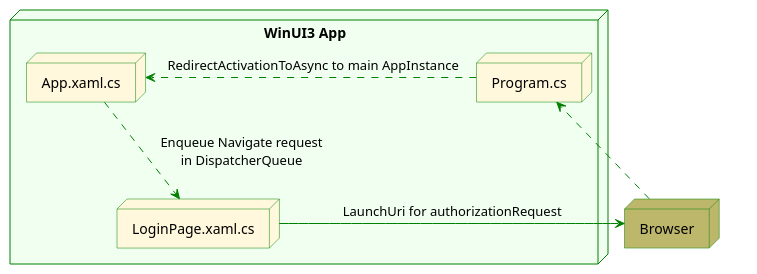
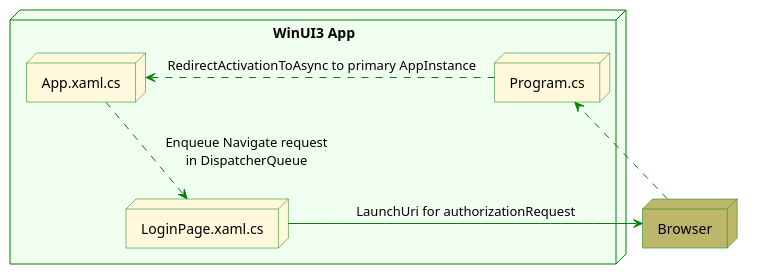
The diagram in plantuml/win.plantuml (qqap/log), drawn with PlantUML before and after one commit. The commit also changed 2 other files, not shown here.

```diff
--- a/plantuml/win.plantuml
+++ b/plantuml/win.plantuml
@@ -1,26 +1,26 @@
 @startuml
 
 <style>
 componentDiagram {
   LineColor Green
 }
 </style>
 node Browser as b #darkkhaki
 
 
 
 node "WinUI3 App" #honeydew {
 node LoginPage.xaml.cs as lp #cornsilk
 
 node Program.cs as p #cornsilk
 node App.xaml.cs as a #cornsilk
 }
 
 
 lp -> b : <color:Black>LaunchUri for authorizationRequest<color:Black>
 b -[dashed]> p : <color:white> Invoked by declared \n<color:white>URL protocol<color:white>
-p -[dashed]> a : <color:Black> RedirectActivationToAsync to main AppInstance<color:Black>
+p -[dashed]> a : <color:Black> RedirectActivationToAsync to primary AppInstance<color:Black>
 a --[dashed]> lp : <color:Black> Enqueue Navigate request \n<color:Black>in DispatcherQueue<color:Black>
 
 
 @enduml
```
